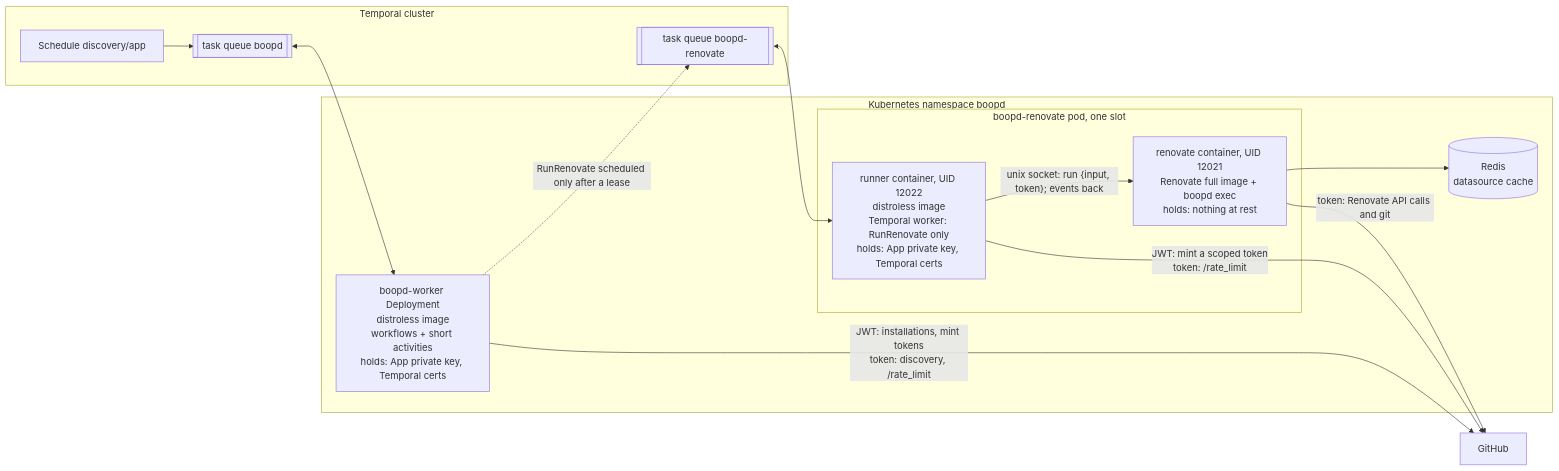
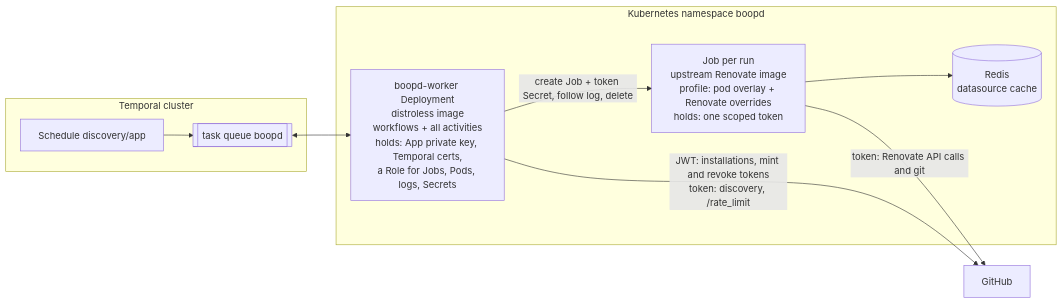
One commit to donaldgifford/boop changed the first of 4 diagrams in docs/design/0001-boopd-spike-workflows-runrenovate-activity-and-worker.md. Above: the diagram before and after it, drawn with Mermaid. The commit also changed other lines of this file and 6 other files, not shown here.

First line of the commit message:
docs: ADR-0009 runs each Renovate run as a Kubernetes Job; rework DESIGN-0001 around it

````diff
--- a/docs/design/0001-boopd-spike-workflows-runrenovate-activity-and-worker.md
+++ b/docs/design/0001-boopd-spike-workflows-runrenovate-activity-and-worker.md
@@ -155,26 +160,19 @@
 ```mermaid
 flowchart LR
   GH[GitHub]
   subgraph K8s["Kubernetes namespace boopd"]
-    W["boopd-worker Deployment<br/>distroless image<br/>workflows + short activities<br/>holds: App private key, Temporal certs"]
-    subgraph RP["boopd-renovate pod, one slot"]
-      RN["runner container, UID 12022<br/>distroless image<br/>Temporal worker: RunRenovate only<br/>holds: App private key, Temporal certs"]
-      EX["renovate container, UID 12021<br/>Renovate full image + boopd exec<br/>holds: nothing at rest"]
-    end
+    W["boopd-worker Deployment<br/>distroless image<br/>workflows + all activities<br/>holds: App private key, Temporal certs,<br/>a Role for Jobs, Pods, logs, Secrets"]
+    J["Job per run<br/>upstream Renovate image<br/>profile: pod overlay + Renovate overrides<br/>holds: one scoped token"]
     RD[("Redis<br/>datasource cache")]
   end
   subgraph T["Temporal cluster"]
     S["Schedule discovery/app"]
-    Q1[["task queue boopd"]]
-    Q2[["task queue boopd-renovate"]]
+    Q[["task queue boopd"]]
   end
-  S --> Q1
-  Q1 <--> W
-  Q2 <--> RN
-  W -. "RunRenovate scheduled only after a lease" .-> Q2
-  RN -- "unix socket: run {input, token}; events back" --> EX
-  W -->|"JWT: installations, mint tokens<br/>token: discovery, /rate_limit"| GH
-  RN -->|"JWT: mint a scoped token<br/>token: /rate_limit"| GH
-  EX -->|"token: Renovate API calls and git"| GH
-  EX --> RD
+  S --> Q
+  Q <--> W
+  W -- "create Job + token Secret, follow log, delete" --> J
+  W -->|"JWT: installations, mint and revoke tokens<br/>token: discovery, /rate_limit"| GH
+  J -->|"token: Renovate API calls and git"| GH
+  J --> RD
 ```
````
